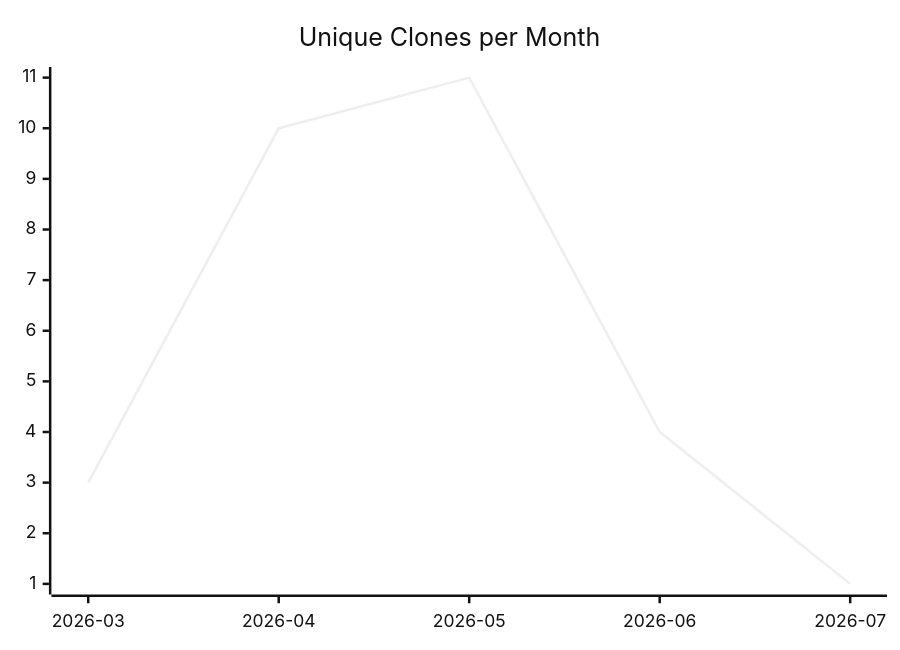
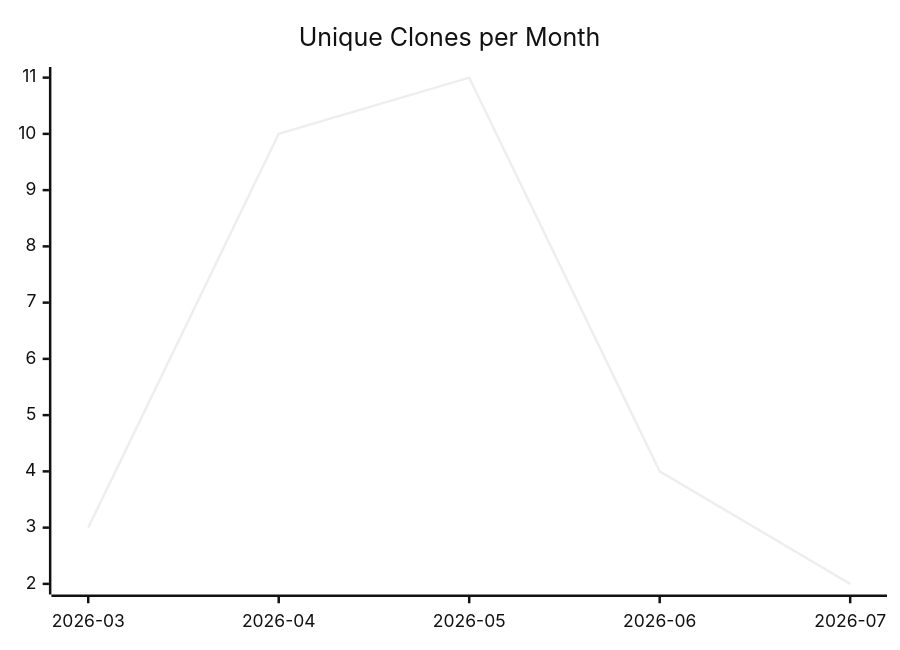
Before and after one commit to justdavis-family/github-analytics-data: the third of 3 diagrams in karlmdavis/bbonfhir-dev-infra-docker/README.md, drawn with Mermaid (neutral theme). The commit also changed other lines of this file and 188 other files, not shown here.

````diff
--- a/karlmdavis/bbonfhir-dev-infra-docker/README.md
+++ b/karlmdavis/bbonfhir-dev-infra-docker/README.md
@@ -19,6 +19,6 @@
 ```mermaid
 xychart-beta
   title "Unique Clones per Month"
   x-axis ["2026-03", "2026-04", "2026-05", "2026-06", "2026-07"]
-  line [3, 10, 11, 4, 1]
+  line [3, 10, 11, 4, 2]
 ```
````
